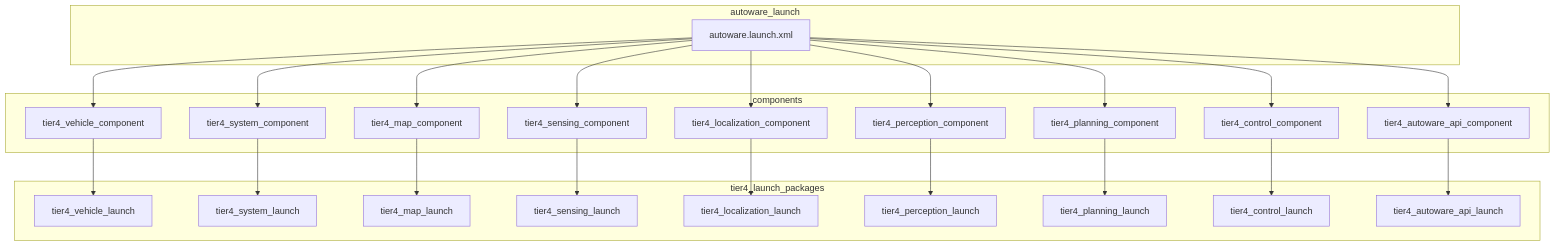
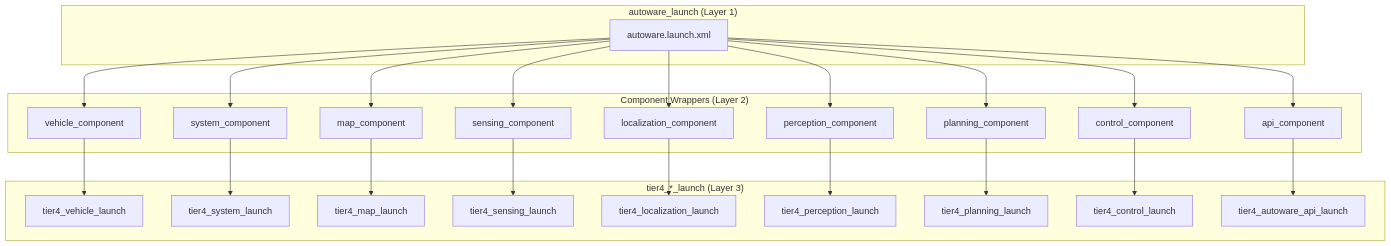
Before and after one commit to youtalk/autoware_universe: the first of 20 diagrams in docs/launch-architecture.md, drawn with Mermaid. The commit also changed other lines of this file, not shown here.

````diff
--- a/docs/launch-architecture.md
+++ b/docs/launch-architecture.md
@@ -9,50 +17,42 @@
 ```mermaid
 graph TB
-    subgraph autoware_launch
+    subgraph autoware_launch["autoware_launch (Layer 1)"]
         A[autoware.launch.xml]
     end
 
-    subgraph components
-        B[tier4_vehicle_component]
-        C[tier4_system_component]
-        D[tier4_map_component]
-        E[tier4_sensing_component]
-        F[tier4_localization_component]
-        G[tier4_perception_component]
-        H[tier4_planning_component]
-        I[tier4_control_component]
-        J[tier4_autoware_api_component]
+    subgraph components["Component Wrappers (Layer 2)"]
+        B[vehicle_component]
+        C[system_component]
+        D[map_component]
+        E[sensing_component]
+        F[localization_component]
+        G[perception_component]
+        H[planning_component]
+        I[control_component]
+        J[api_component]
     end
 
-    subgraph tier4_launch_packages
+    subgraph tier4_launch["tier4_*_launch (Layer 3)"]
         K[tier4_vehicle_launch]
         L[tier4_system_launch]
         M[tier4_map_launch]
         N[tier4_sensing_launch]
         O[tier4_localization_launch]
         P[tier4_perception_launch]
         Q[tier4_planning_launch]
         R[tier4_control_launch]
         S[tier4_autoware_api_launch]
     end
 
-    A --> B
-    A --> C
-    A --> D
-    A --> E
-    A --> F
-    A --> G
-    A --> H
-    A --> I
-    A --> J
+    A --> B & C & D & E & F & G & H & I & J
 
     B --> K
     C --> L
     D --> M
     E --> N
     F --> O
     G --> P
     H --> Q
     I --> R
     J --> S
 ```
````
